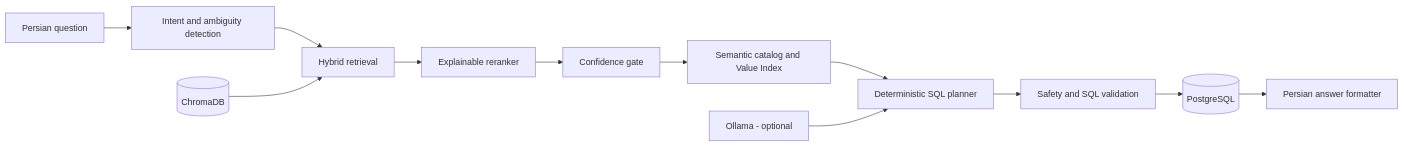
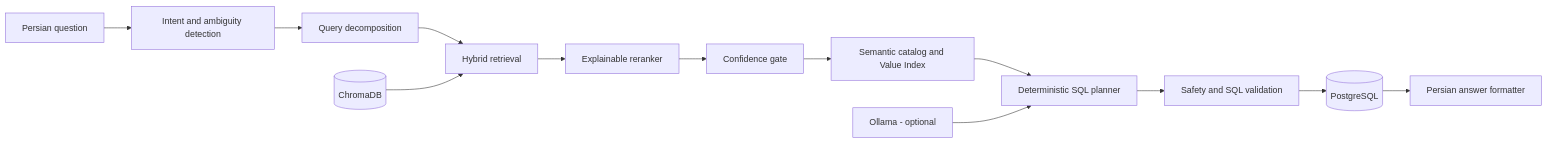
One commit to amirrhh123/persian-ai-data-analyst changed the diagram in README.md. Above: the diagram before and after it, drawn with Mermaid. The commit also changed other lines of this file and 6 other files, not shown here.

Commit message:
Add retrieval query decomposition

````diff
--- a/README.md
+++ b/README.md
@@ -36,14 +37,15 @@
 ```mermaid
 flowchart LR
     U["Persian question"] --> I["Intent and ambiguity detection"]
-    I --> R["Hybrid retrieval"]
+    I --> QD["Query decomposition"]
+    QD --> R["Hybrid retrieval"]
     R --> RR["Explainable reranker"]
     RR --> G["Confidence gate"]
     G --> S["Semantic catalog and Value Index"]
     S --> P["Deterministic SQL planner"]
     P --> V["Safety and SQL validation"]
     V --> DB[(PostgreSQL)]
     DB --> A["Persian answer formatter"]
     C[(ChromaDB)] --> R
     O["Ollama - optional"] --> P
 ```
````
